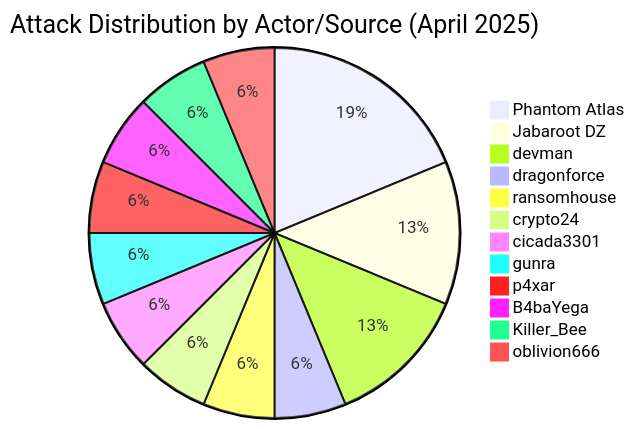
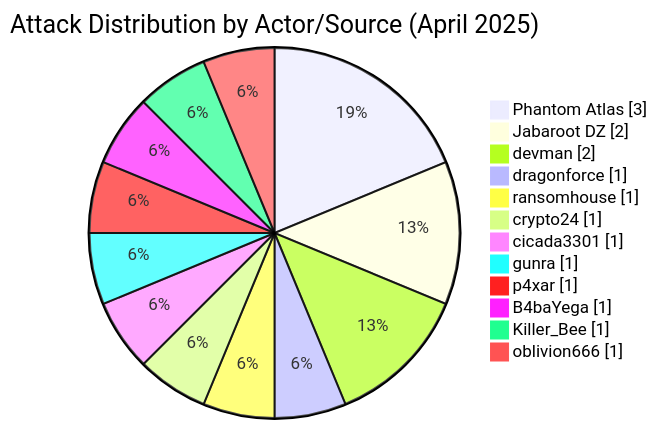
The first of 7 diagrams in CyberAttackAfrica/2025/04-april/README.md (Hatchepsoute/AFRINTEL), drawn with Mermaid before and after one commit. The commit also changed other lines of this file and 182 other files, not shown here.

````diff
--- a/CyberAttackAfrica/2025/04-april/README.md
+++ b/CyberAttackAfrica/2025/04-april/README.md
@@ -38,15 +41,16 @@
 ```mermaid
-pie title Attack Distribution by Actor/Source (April 2025)
+pie showData
+    title Attack Distribution by Actor/Source (April 2025)
     "Phantom Atlas" : 3
     "Jabaroot DZ" : 2
     "devman" : 2
     "dragonforce" : 1
     "ransomhouse" : 1
     "crypto24" : 1
     "cicada3301" : 1
     "gunra" : 1
     "p4xar" : 1
     "B4baYega" : 1
     "Killer_Bee" : 1
     "oblivion666" : 1
 ```
````
